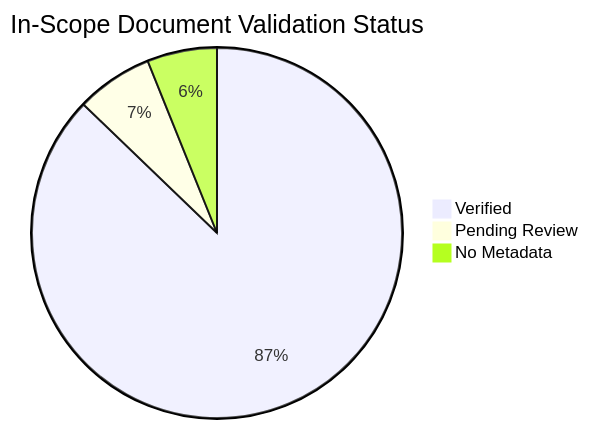
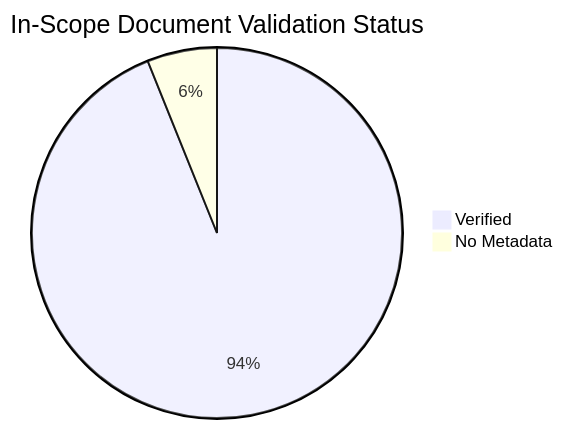
The diagram in docs/reference/content-validation-status.md (yeongseon/azure-container-apps-practical-guide), drawn with Mermaid before and after one commit. The commit also changed other lines of this file and 13 other files, not shown here.

````diff
--- a/docs/reference/content-validation-status.md
+++ b/docs/reference/content-validation-status.md
@@ -25,6 +25,5 @@
 ```mermaid
 pie title In-Scope Document Validation Status
-    "Verified" : 143
-    "Pending Review" : 11
+    "Verified" : 154
     "No Metadata" : 10
 ```
````
